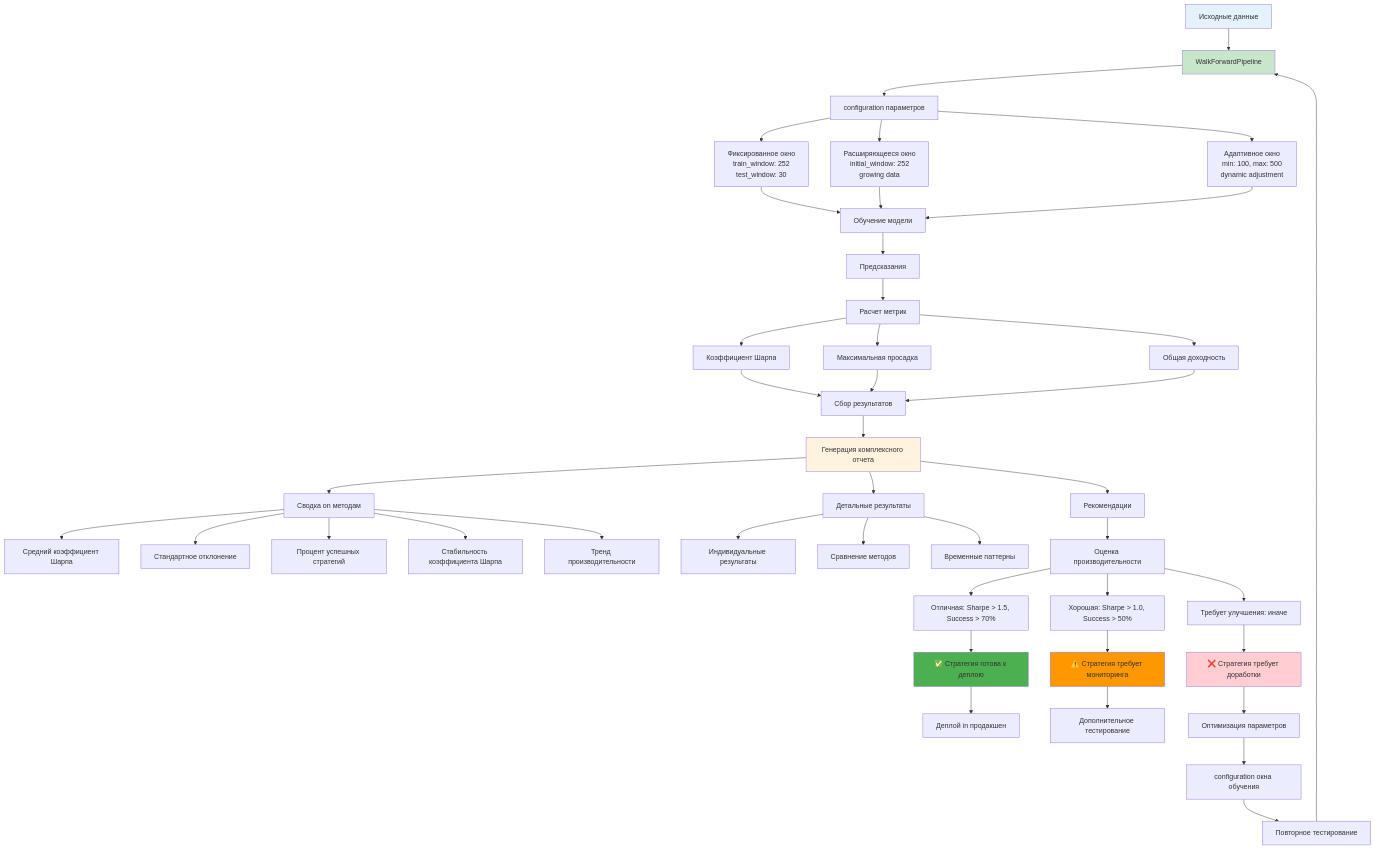
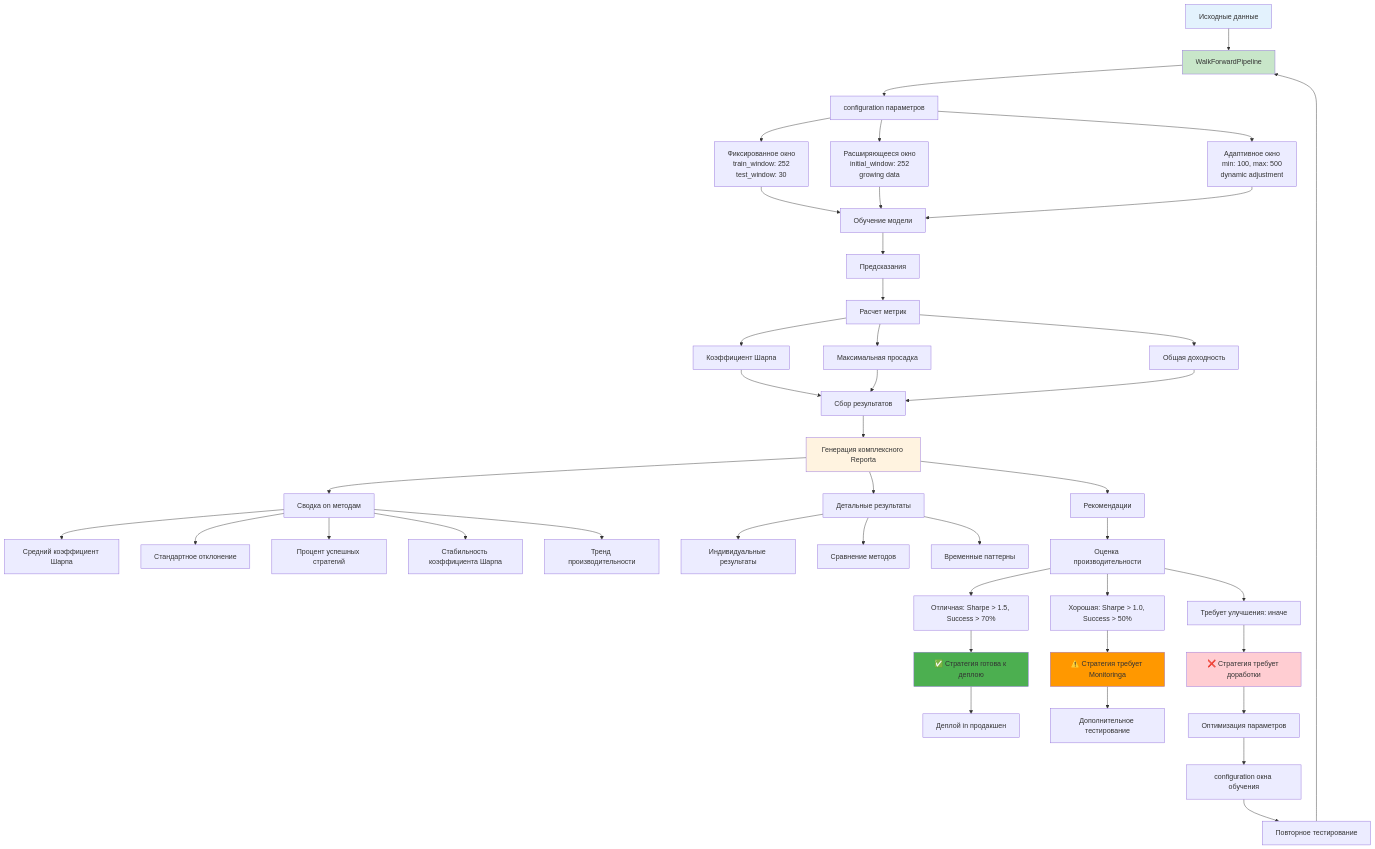
The eighth of 8 diagrams in docs/automl/gluon/30_walk_forward_analysis.md (NeoZorK/neozork-hld-prediction), drawn with Mermaid before and after one commit. The commit also changed other lines of this file and 102 other files, not shown here.

````diff
--- a/docs/automl/gluon/30_walk_forward_analysis.md
+++ b/docs/automl/gluon/30_walk_forward_analysis.md
@@ -1855,63 +1855,63 @@
 ```mermaid
 graph TD
  A[Исходные данные] --> B[WalkForwardPipeline]
  B --> C[configuration параметров]
 
  C --> D[Фиксированное окно<br/>train_window: 252<br/>test_window: 30]
  C --> E[Расширяющееся окно<br/>initial_window: 252<br/>growing data]
  C --> F[Адаптивное окно<br/>min: 100, max: 500<br/>dynamic adjustment]
 
  D --> G[Обучение модели]
  E --> G
  F --> G
 
  G --> H[Предсказания]
  H --> I[Расчет метрик]
 
  I --> J[Коэффициент Шарпа]
  I --> K[Максимальная просадка]
  I --> L[Общая доходность]
 
  J --> M[Сбор результатов]
  K --> M
  L --> M
 
- M --> N[Генерация комплексного отчета]
+ M --> N[Генерация комплексного Reportа]
  N --> O[Сводка on методам]
  N --> P[Детальные результаты]
  N --> Q[Рекомендации]
 
  O --> R[Средний коэффициент Шарпа]
  O --> S[Стандартное отклонение]
  O --> T[Процент успешных стратегий]
  O --> U[Стабильность коэффициента Шарпа]
  O --> V[Тренд производительности]
 
  P --> W[Индивидуальные результаты]
  P --> X[Сравнение методов]
  P --> Y[Временные паттерны]
 
  Q --> Z[Оценка производительности]
  Z --> AA[Отличная: Sharpe > 1.5, Success > 70%]
  Z --> BB[Хорошая: Sharpe > 1.0, Success > 50%]
  Z --> CC[Требует улучшения: иначе]
 
  AA --> DD[✅ Стратегия готова к деплою]
- BB --> EE[⚠️ Стратегия требует мониторинга]
+ BB --> EE[⚠️ Стратегия требует Monitoringа]
  CC --> FF[❌ Стратегия требует доработки]
 
  DD --> GG[Деплой in продакшен]
  EE --> HH[Дополнительное тестирование]
  FF --> II[Оптимизация параметров]
 
  II --> JJ[configuration окна обучения]
  JJ --> KK[Повторное тестирование]
  KK --> B
 
  style A fill:#e3f2fd
  style B fill:#c8e6c9
  style N fill:#fff3e0
  style DD fill:#4caf50
  style EE fill:#ff9800
  style FF fill:#ffcdd2
 ```
````
